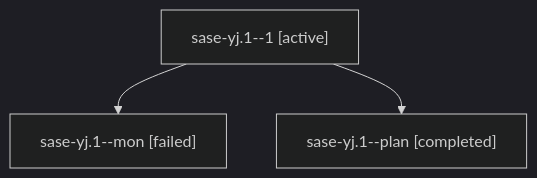
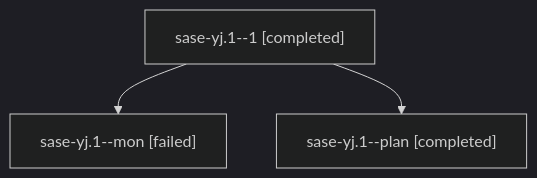
Before and after one commit to sase-org/sase--agents: the diagram in families/bbugyi200.athena.sase-yj.1.md, drawn with Mermaid (dark theme). The commit also changed other lines of this file and 51 other files, not shown here.

````diff
--- a/families/bbugyi200.athena.sase-yj.1.md
+++ b/families/bbugyi200.athena.sase-yj.1.md
@@ -9,8 +9,8 @@
 ```mermaid
 flowchart TD
-  n0["sase-yj.1--1 [active]"]
+  n0["sase-yj.1--1 [completed]"]
   n1["sase-yj.1--mon [failed]"]
   n0 --> n1
   n2["sase-yj.1--plan [completed]"]
   n0 --> n2
 ```
````
